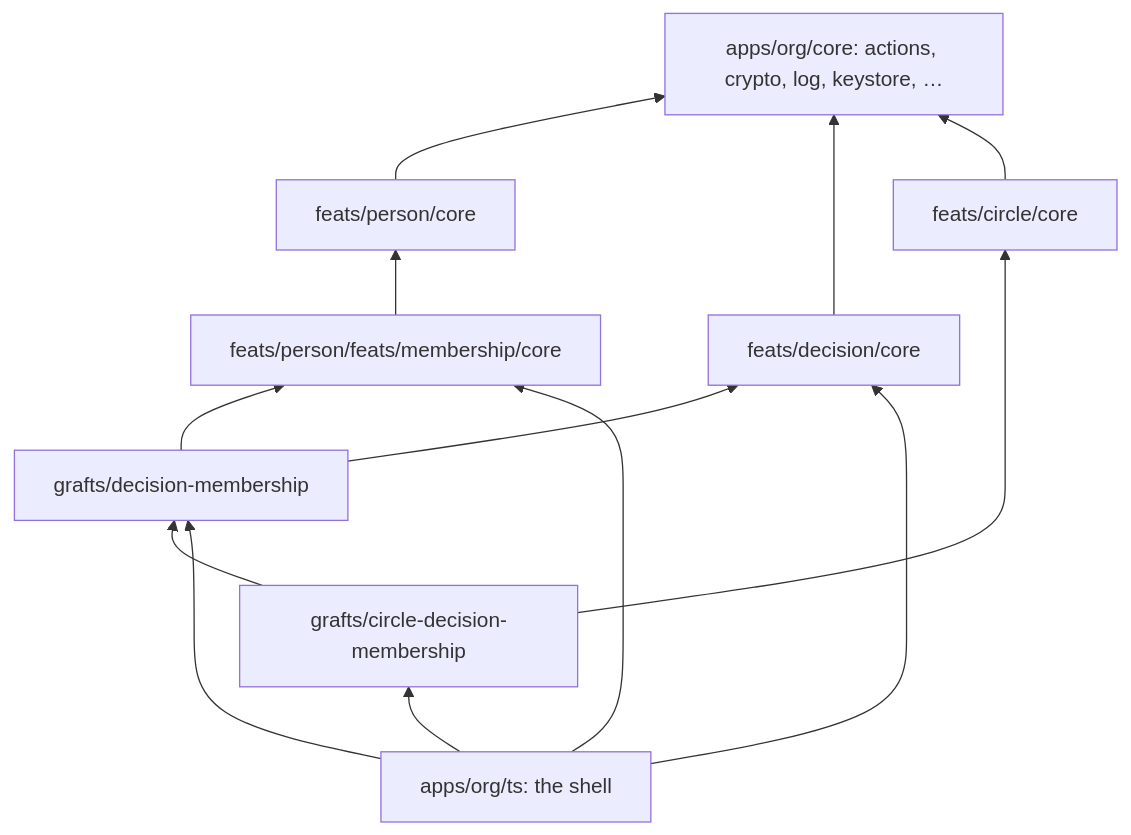
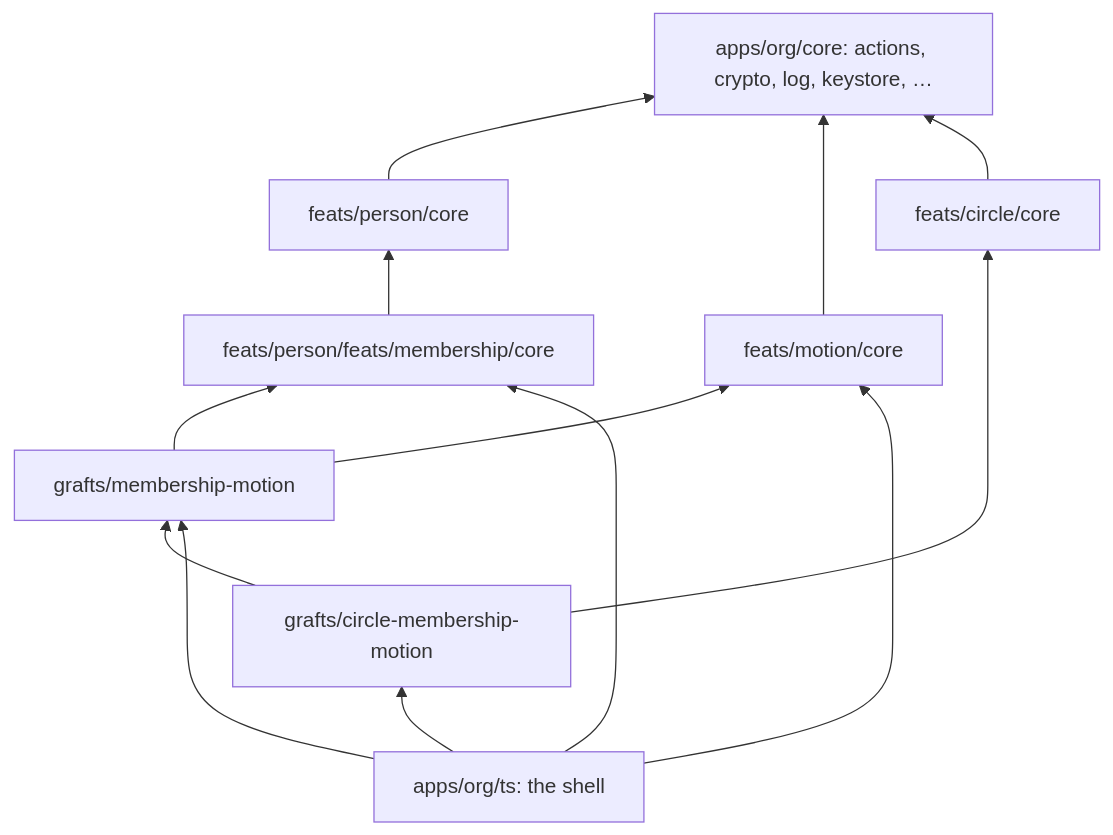
Before and after one commit to cella-coop/cella: the diagram in _corpus/doc/architecture.md, drawn with Mermaid. The commit also changed other lines of this file and 440 other files, not shown here.

````diff
--- a/_corpus/doc/architecture.md
+++ b/_corpus/doc/architecture.md
@@ -17,23 +17,23 @@
 ```mermaid
 flowchart BT
   core["apps/org/core: actions, crypto, log, keystore, …"]
   person["feats/person/core"]
   membership["feats/person/feats/membership/core"]
-  decision["feats/decision/core"]
+  motion["feats/motion/core"]
   circle["feats/circle/core"]
-  graft["grafts/decision-membership"]
-  three["grafts/circle-decision-membership"]
+  graft["grafts/membership-motion"]
+  three["grafts/circle-membership-motion"]
   root["apps/org/ts: the shell"]
   person --> core
   membership --> person
-  decision --> core
+  motion --> core
   circle --> core
   graft --> membership
-  graft --> decision
+  graft --> motion
   three --> graft
   three --> circle
   root --> three
   root --> graft
   root --> membership
-  root --> decision
+  root --> motion
 ```
````
